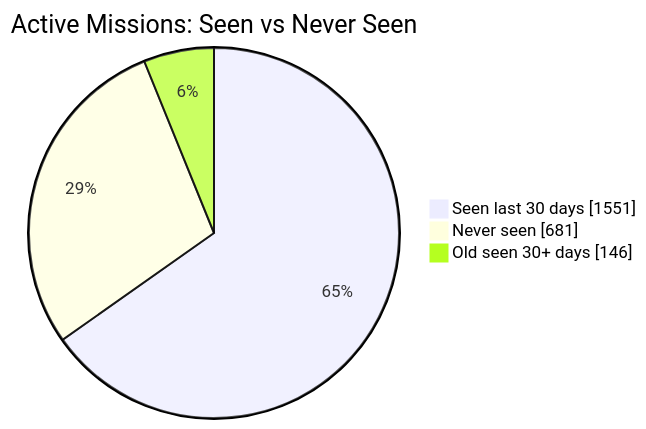
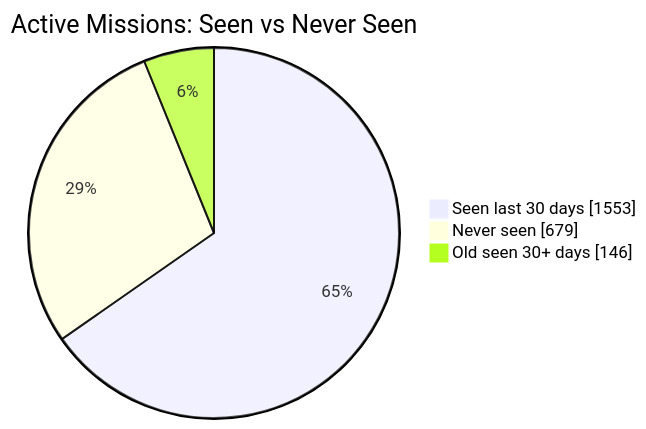
One commit to MeldkamerspelGameTeam/active-missions changed the first of 2 diagrams in README.md. Above: the diagram before and after it, drawn with Mermaid. The commit also changed other lines of this file and 3 other files, not shown here.

````diff
--- a/README.md
+++ b/README.md
@@ -34,7 +34,7 @@
 ```mermaid
 pie showData
     title Active Missions: Seen vs Never Seen
-    "Seen last 30 days" : 1551
-    "Never seen" : 681
+    "Seen last 30 days" : 1553
+    "Never seen" : 679
     "Old seen 30+ days" : 146
 ```
````
